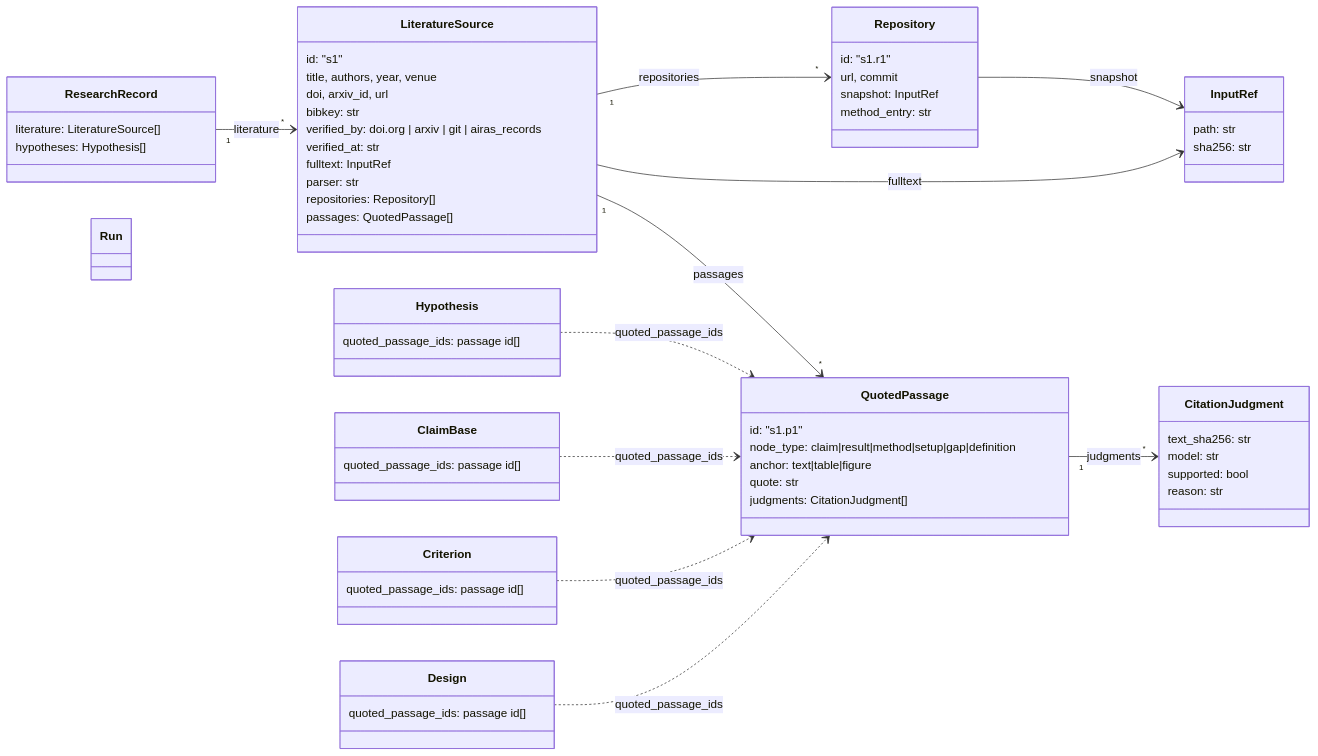
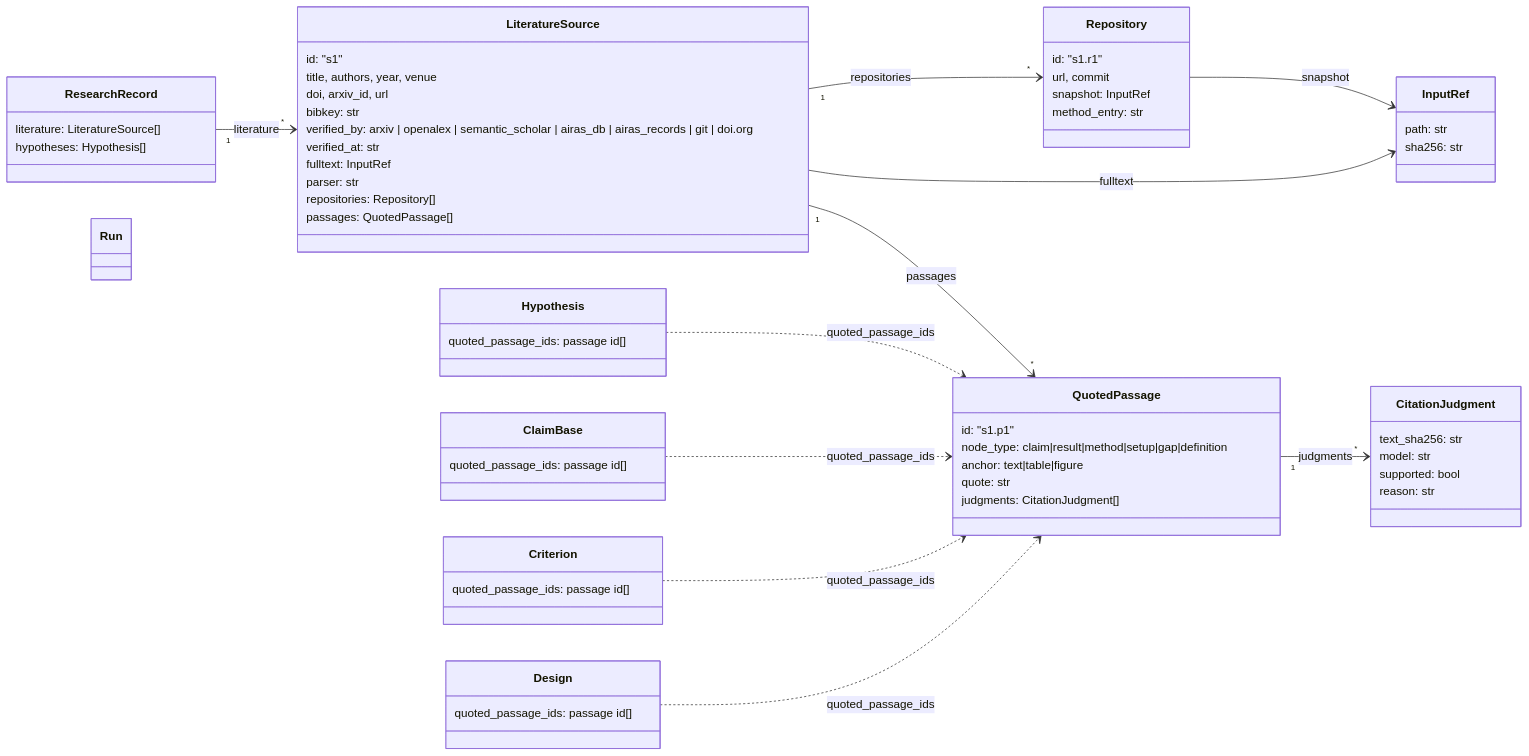
The first of 2 diagrams in docs/record-json-schema.md (airas-org/airas), drawn with Mermaid before and after one commit. The commit also changed other lines of this file and 46 other files, not shown here.

````diff
--- a/docs/record-json-schema.md
+++ b/docs/record-json-schema.md
@@ -16,69 +16,69 @@
 ```mermaid
 classDiagram
     direction LR
 
     class ResearchRecord {
         literature: LiteratureSource[]
         hypotheses: Hypothesis[]
     }
     class LiteratureSource {
         id: "s1"
         title, authors, year, venue
         doi, arxiv_id, url
         bibkey: str
-        verified_by: doi.org | arxiv | git | airas_records
+        verified_by: arxiv | openalex | semantic_scholar | airas_db | airas_records | git | doi.org
         verified_at: str
         fulltext: InputRef
         parser: str
         repositories: Repository[]
         passages: QuotedPassage[]
     }
     class Repository {
         id: "s1.r1"
         url, commit
         snapshot: InputRef
         method_entry: str
     }
     class QuotedPassage {
         id: "s1.p1"
         node_type: claim|result|method|setup|gap|definition
         anchor: text|table|figure
         quote: str
         judgments: CitationJudgment[]
     }
     class CitationJudgment {
         text_sha256: str
         model: str
         supported: bool
         reason: str
     }
     class InputRef {
         path: str
         sha256: str
     }
     class Hypothesis {
         quoted_passage_ids: passage id[]
     }
     class ClaimBase {
         quoted_passage_ids: passage id[]
     }
     class Criterion {
         quoted_passage_ids: passage id[]
     }
     class Design {
         quoted_passage_ids: passage id[]
     }
     class Run {
     }
 
     ResearchRecord "1" --> "*" LiteratureSource : literature
     LiteratureSource "1" --> "*" QuotedPassage : passages
     QuotedPassage "1" --> "*" CitationJudgment : judgments
     LiteratureSource --> InputRef : fulltext
     LiteratureSource "1" --> "*" Repository : repositories
     Repository --> InputRef : snapshot
     Hypothesis ..> QuotedPassage : quoted_passage_ids
     ClaimBase ..> QuotedPassage : quoted_passage_ids
     Criterion ..> QuotedPassage : quoted_passage_ids
     Design ..> QuotedPassage : quoted_passage_ids
 ```
````
